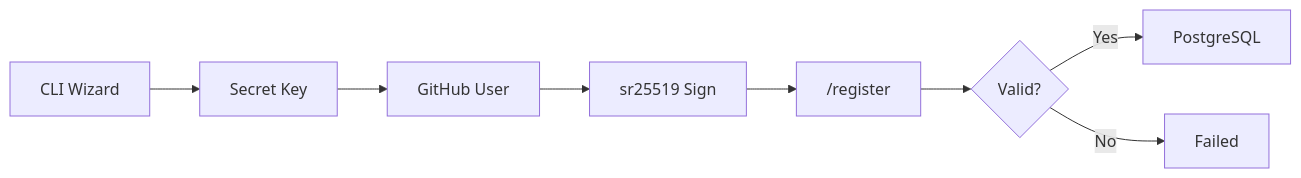
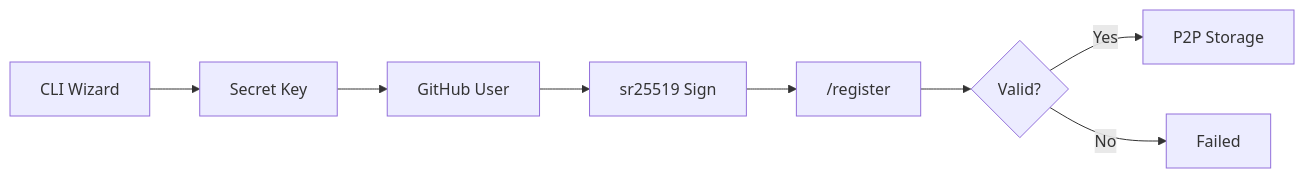
Diagram 13 of 18 in README.md (PlatformNetwork/roadmap), drawn with Mermaid before and after one commit. The commit also changed other lines of this file, not shown here.

Commit message:
fix: replace PostgreSQL with platform-v2 P2P storage for bounty challenge

````diff
--- a/README.md
+++ b/README.md
@@ -353,10 +353,10 @@
 ```mermaid
 flowchart LR
     CLI["CLI Wizard"] --> Key["Secret Key"]
     Key --> GH["GitHub User"]
     GH --> Sign["sr25519 Sign"]
     Sign --> API["/register"]
     API --> Verify{"Valid?"}
-    Verify -->|Yes| Store["PostgreSQL"]
+    Verify -->|Yes| P2P["P2P Storage"]
     Verify -->|No| Fail["Failed"]
 ```
````
